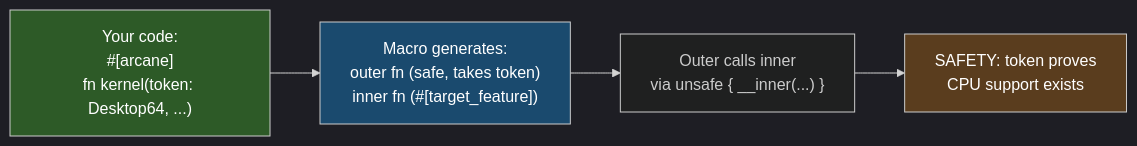
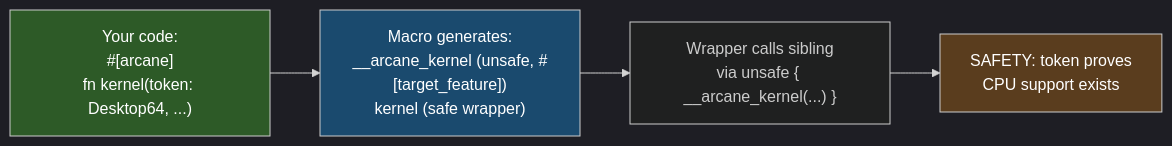
One commit to imazen/archmage changed the first of 2 diagrams in docs/book/src/concepts/arcane.md. Above: the diagram before and after it, drawn with Mermaid. The commit also changed other lines of this file and 10 other files, not shown here.

````diff
--- a/docs/book/src/concepts/arcane.md
+++ b/docs/book/src/concepts/arcane.md
@@ -11,11 +13,11 @@
 ```mermaid
 %%{init: { 'theme': 'dark' }}%%
 flowchart LR
-    A["Your code:<br/>#[arcane]<br/>fn kernel(token: Desktop64, ...)"] --> B["Macro generates:<br/>outer fn (safe, takes token)<br/>inner fn (#[target_feature])"]
-    B --> C["Outer calls inner<br/>via unsafe { __inner(...) }"]
+    A["Your code:<br/>#[arcane]<br/>fn kernel(token: Desktop64, ...)"] --> B["Macro generates:<br/>__arcane_kernel (unsafe, #[target_feature])<br/>kernel (safe wrapper)"]
+    B --> C["Wrapper calls sibling<br/>via unsafe { __arcane_kernel(...) }"]
     C --> D["SAFETY: token proves<br/>CPU support exists"]
 
     style A fill:#2d5a27,color:#fff
     style B fill:#1a4a6e,color:#fff
     style D fill:#5a3d1e,color:#fff
 ```
````
